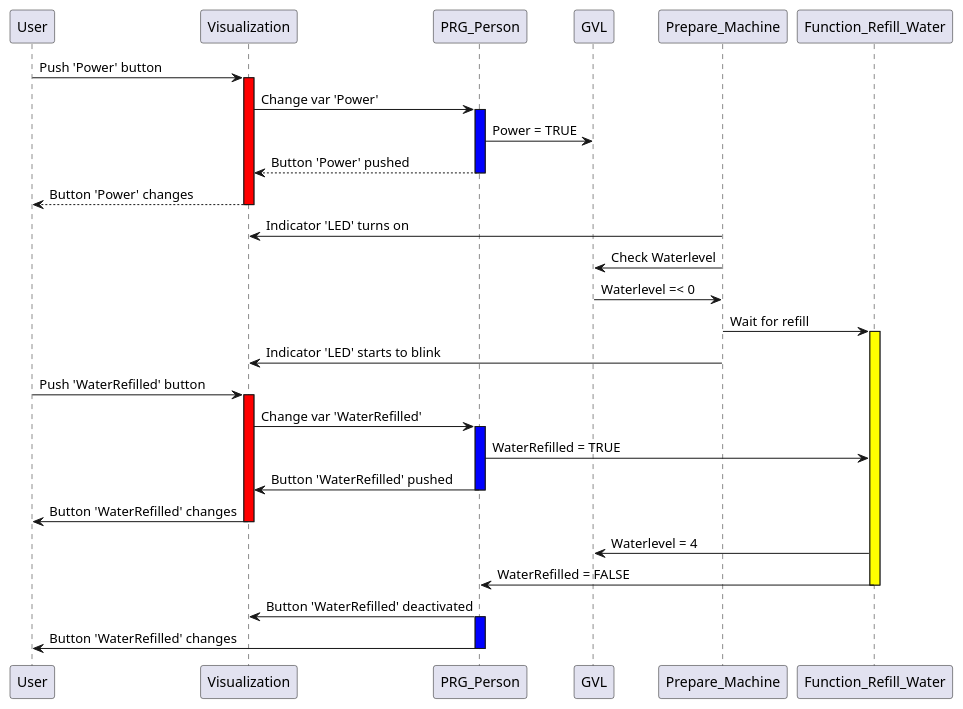
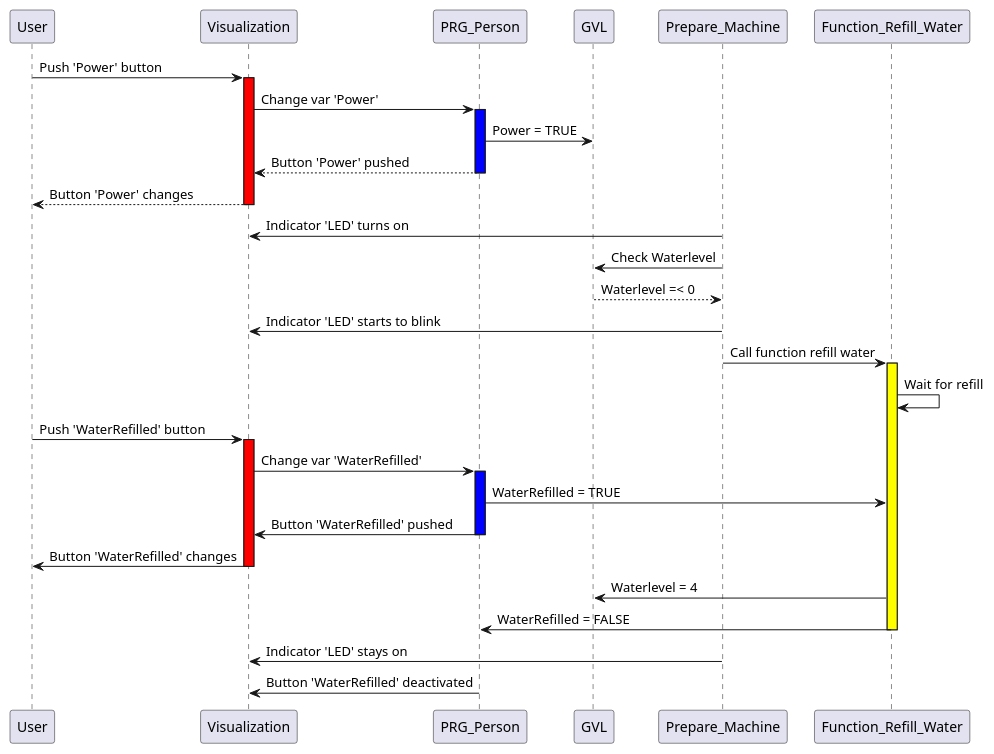
One commit to ArendsJurrien/Assignment-Process---Safety-Jurri-n-Arends changed the diagram in src/Sequence_diagram_calling.md. Above: the diagram before and after it, drawn with PlantUML. The commit also changed 49 other files, not shown here.

````diff
--- a/src/Sequence_diagram_calling.md
+++ b/src/Sequence_diagram_calling.md
@@ -5,40 +5,40 @@
 ```plantuml
 @startuml
 
 User -> Visualization: Push 'Power' button
 activate Visualization #RED
 Visualization -> PRG_Person: Change var 'Power'
 activate PRG_Person #BLUE
 PRG_Person -> GVL: Power = TRUE
 PRG_Person --> Visualization: Button 'Power' pushed
 deactivate PRG_Person 
 Visualization --> User: Button 'Power' changes
 deactivate Visualization 
 Prepare_Machine -> Visualization: Indicator 'LED' turns on
 
 Prepare_Machine -> GVL: Check Waterlevel
-GVL -> Prepare_Machine: Waterlevel =< 0
-Prepare_Machine -> Function_Refill_Water: Wait for refill
+GVL --> Prepare_Machine: Waterlevel =< 0
+Prepare_Machine -> Visualization: Indicator 'LED' starts to blink 
+Prepare_Machine -> Function_Refill_Water: Call function refill water
 activate Function_Refill_Water #YELLOW
-Prepare_Machine -> Visualization: Indicator 'LED' starts to blink 
+Function_Refill_Water -> Function_Refill_Water: Wait for refill
+
 
 
 User -> Visualization: Push 'WaterRefilled' button
 activate Visualization #RED
 Visualization -> PRG_Person: Change var 'WaterRefilled'
 activate PRG_Person #BLUE
 PRG_Person -> Function_Refill_Water: WaterRefilled = TRUE
 PRG_Person -> Visualization: Button 'WaterRefilled' pushed
 deactivate PRG_Person 
 Visualization -> User: Button 'WaterRefilled' changes
 deactivate Visualization
 Function_Refill_Water -> GVL: Waterlevel = 4
 Function_Refill_Water -> PRG_Person: WaterRefilled = FALSE
 deactivate Function_Refill_Water
+Prepare_Machine -> Visualization: Indicator 'LED' stays on
 PRG_Person -> Visualization: Button 'WaterRefilled' deactivated
-activate PRG_Person #BLUE
-PRG_Person -> User: Button 'WaterRefilled' changes
-deactivate PRG_Person 
 
 @enduml
 ```
````
